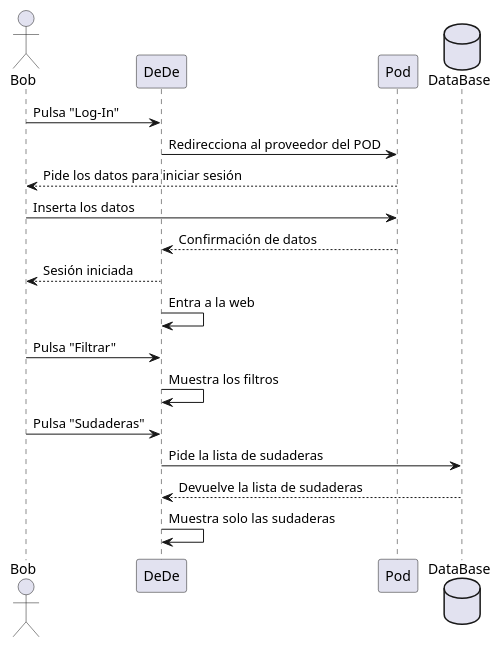
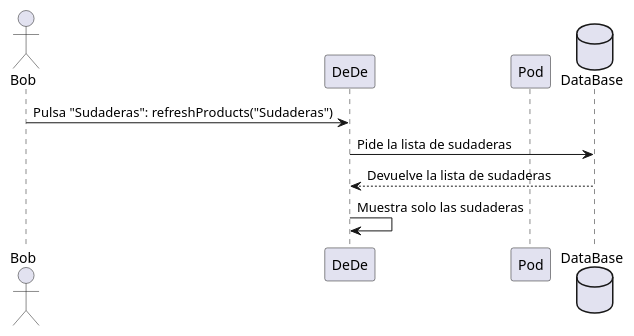
Before and after one commit to Arquisoft/dede_es6b: the second of 4 diagrams in docs/06_runtime_view.adoc, drawn with PlantUML. The commit also changed other lines of this file and 4 other files, not shown here.

```diff
--- a/docs/06_runtime_view.adoc
+++ b/docs/06_runtime_view.adoc
@@ -30,20 +24,11 @@
 [plantuml,"06_runtime_filtro",png]
 ----
 actor Bob
 participant DeDe
 participant Pod
 database DataBase as "DataBase"
-Bob -> DeDe: Pulsa "Log-In" 
-DeDe -> Pod: Redirecciona al proveedor del POD
-Bob <-- Pod: Pide los datos para iniciar sesión
-Bob -> Pod: Inserta los datos
-DeDe <-- Pod: Confirmación de datos
-Bob <-- DeDe: Sesión iniciada
-DeDe-> DeDe: Entra a la web
-Bob -> DeDe: Pulsa "Filtrar"
-DeDe-> DeDe: Muestra los filtros
-Bob -> DeDe: Pulsa "Sudaderas"
+Bob -> DeDe: Pulsa "Sudaderas": refreshProducts("Sudaderas")
 DeDe-> DataBase: Pide la lista de sudaderas
 DataBase --> DeDe: Devuelve la lista de sudaderas
 DeDe-> DeDe: Muestra solo las sudaderas
 ----
```
